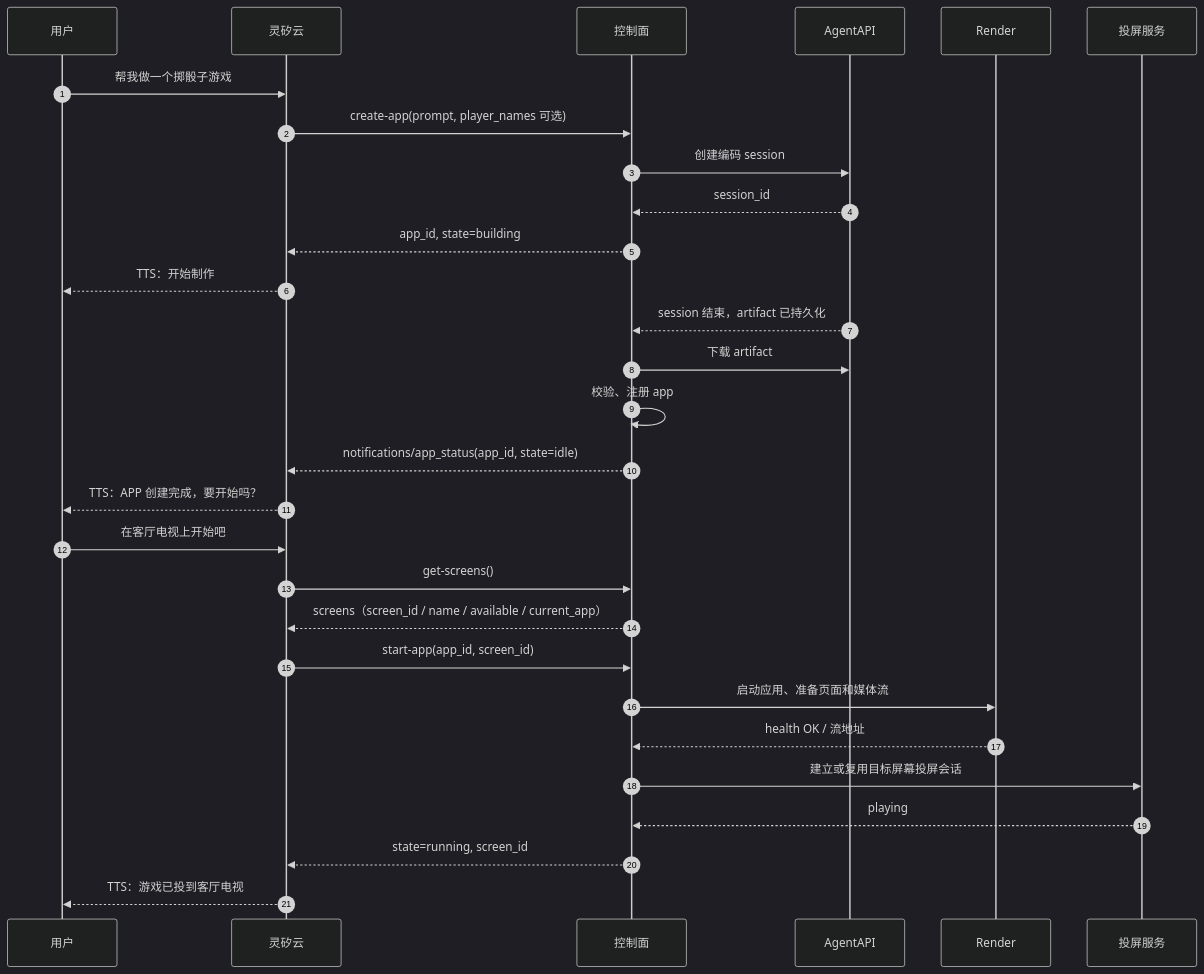
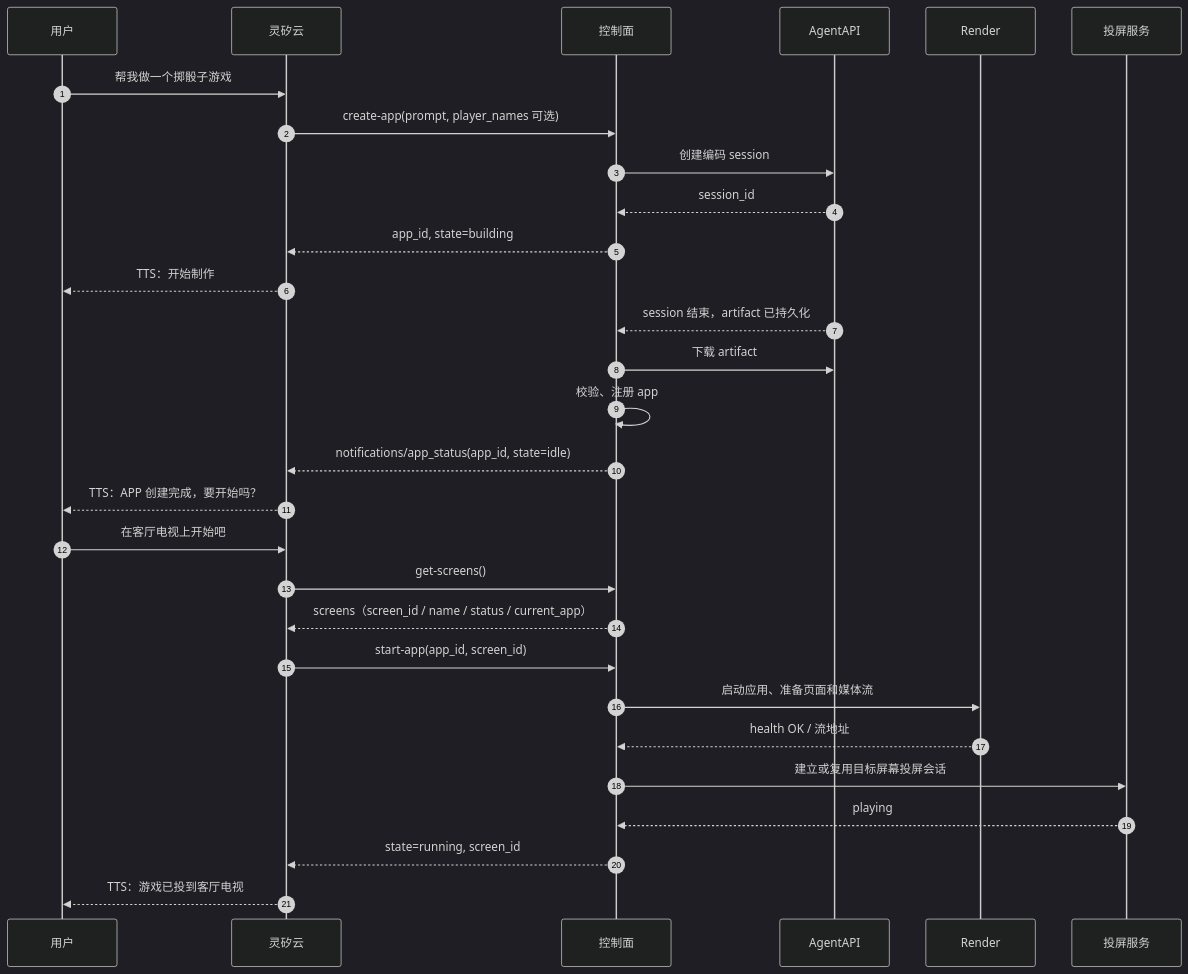
One commit to open-anywhere/open-anywhere changed the diagram in docs/app-management-mcp.md. Above: the diagram before and after it, drawn with Mermaid (dark theme). The commit also changed other lines of this file and 93 other files, not shown here.

````diff
--- a/docs/app-management-mcp.md
+++ b/docs/app-management-mcp.md
@@ -319,34 +370,34 @@
 ```mermaid
 sequenceDiagram
   autonumber
   participant U as 用户
   participant L as 灵矽云
   participant C as 控制面
   participant A as AgentAPI
   participant R as Render
   participant P as 投屏服务
 
   U->>L: 帮我做一个掷骰子游戏
   L->>C: create-app(prompt, player_names 可选)
   C->>A: 创建编码 session
   A-->>C: session_id
   C-->>L: app_id, state=building
   L-->>U: TTS：开始制作
 
   A-->>C: session 结束，artifact 已持久化
   C->>A: 下载 artifact
   C->>C: 校验、注册 app
   C-->>L: notifications/app_status(app_id, state=idle)
   L-->>U: TTS：APP 创建完成，要开始吗？
 
   U->>L: 在客厅电视上开始吧
   L->>C: get-screens()
-  C-->>L: screens（screen_id / name / available / current_app）
+  C-->>L: screens（screen_id / name / status / current_app）
   L->>C: start-app(app_id, screen_id)
   C->>R: 启动应用、准备页面和媒体流
   R-->>C: health OK / 流地址
   C->>P: 建立或复用目标屏幕投屏会话
   P-->>C: playing
   C-->>L: state=running, screen_id
   L-->>U: TTS：游戏已投到客厅电视
 ```
````
